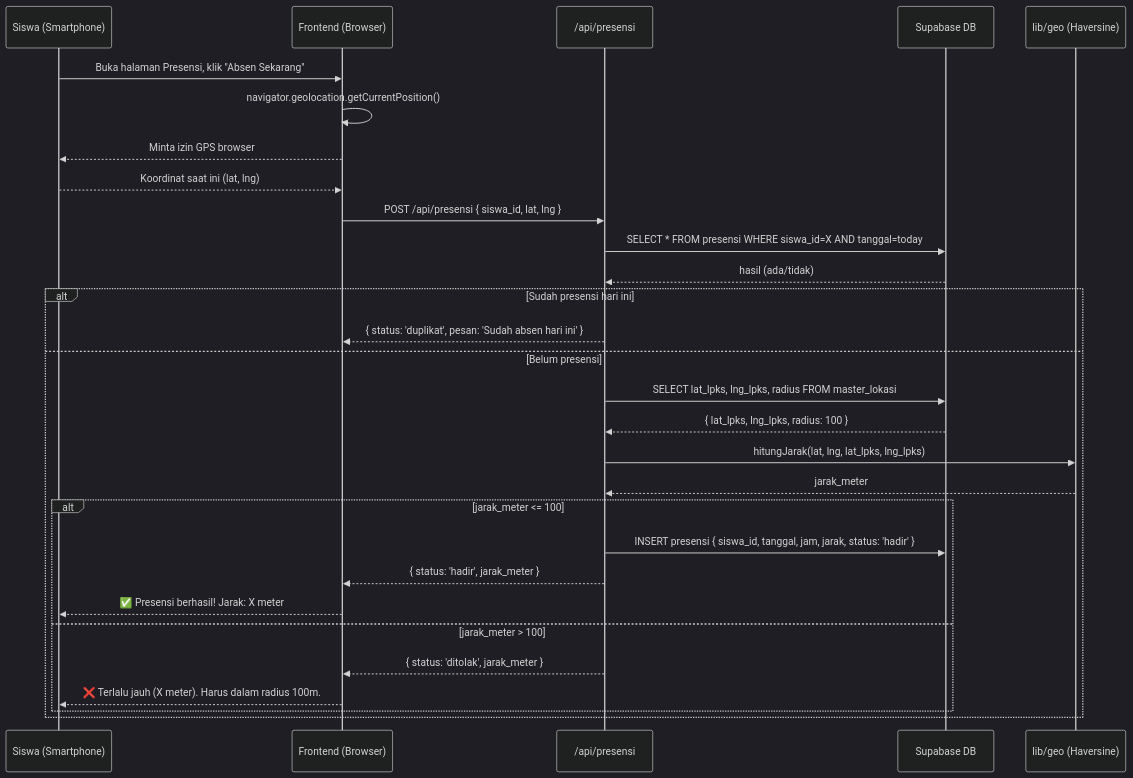
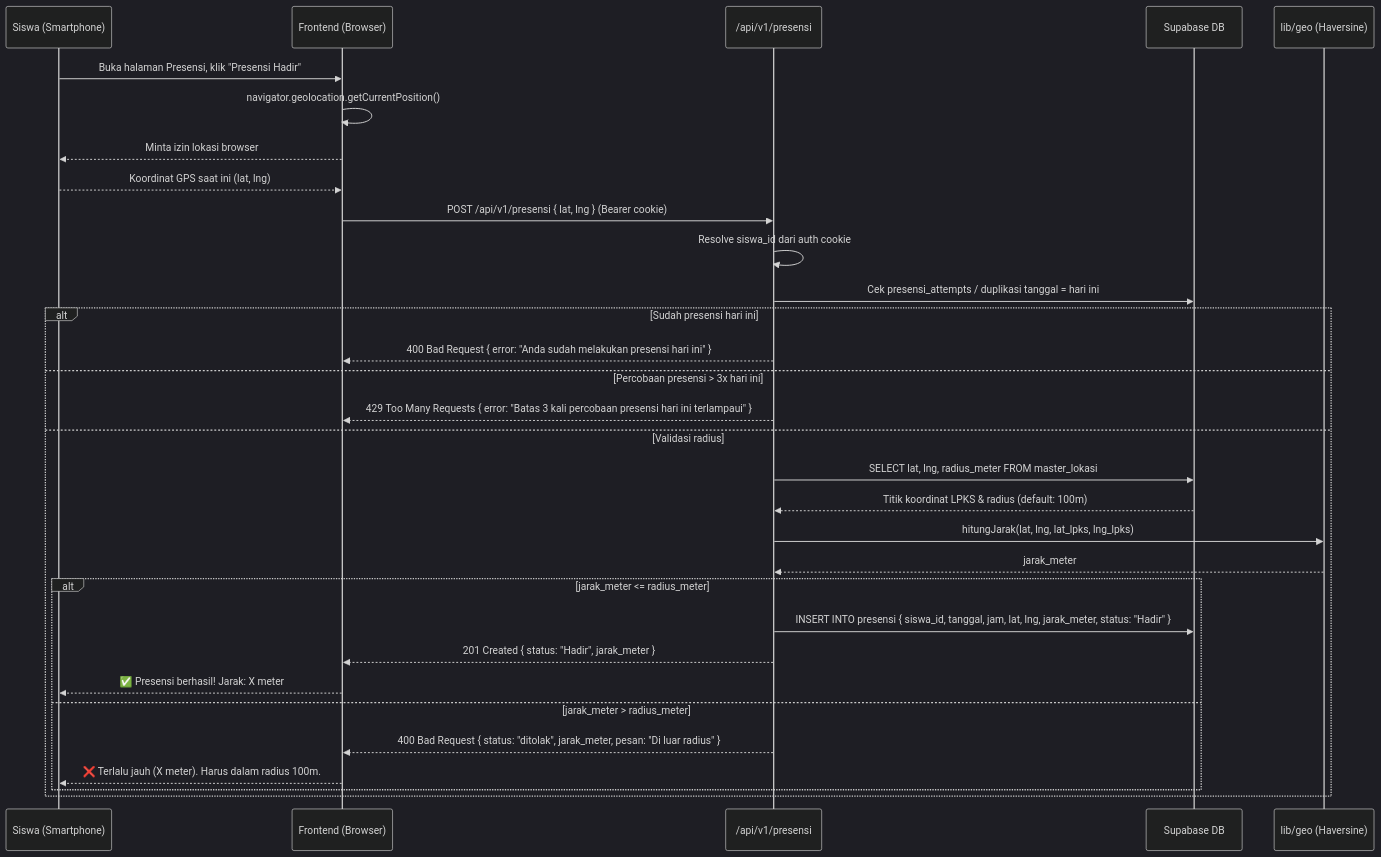
One commit to Fawwzrf/lpks_system changed the fourth of 8 diagrams in docs/design/arsitektur.md. Above: the diagram before and after it, drawn with Mermaid (dark theme). The commit also changed other lines of this file and 23 other files, not shown here.

Commit message:
docs: update all documentation for v1 architecture and untrack graphify-out

````diff
--- a/docs/design/arsitektur.md
+++ b/docs/design/arsitektur.md
@@ -258,32 +305,34 @@
 ```mermaid
 sequenceDiagram
     participant S as Siswa (Smartphone)
     participant FE as Frontend (Browser)
-    participant API as /api/presensi
+    participant API as /api/v1/presensi
     participant DB as Supabase DB
     participant Geo as lib/geo (Haversine)
 
-    S->>FE: Buka halaman Presensi, klik "Absen Sekarang"
+    S->>FE: Buka halaman Presensi, klik "Presensi Hadir"
     FE->>FE: navigator.geolocation.getCurrentPosition()
-    FE-->>S: Minta izin GPS browser
-    S-->>FE: Koordinat saat ini (lat, lng)
-    FE->>API: POST /api/presensi { siswa_id, lat, lng }
-    API->>DB: SELECT * FROM presensi WHERE siswa_id=X AND tanggal=today
-    DB-->>API: hasil (ada/tidak)
+    FE-->>S: Minta izin lokasi browser
+    S-->>FE: Koordinat GPS saat ini (lat, lng)
+    FE->>API: POST /api/v1/presensi { lat, lng } (Bearer cookie)
+    API->>API: Resolve siswa_id dari auth cookie
+    API->>DB: Cek presensi_attempts / duplikasi tanggal = hari ini
     alt Sudah presensi hari ini
-        API-->>FE: { status: 'duplikat', pesan: 'Sudah absen hari ini' }
-    else Belum presensi
-        API->>DB: SELECT lat_lpks, lng_lpks, radius FROM master_lokasi
-        DB-->>API: { lat_lpks, lng_lpks, radius: 100 }
+        API-->>FE: 400 Bad Request { error: "Anda sudah melakukan presensi hari ini" }
+    else Percobaan presensi > 3x hari ini
+        API-->>FE: 429 Too Many Requests { error: "Batas 3 kali percobaan presensi hari ini terlampaui" }
+    else Validasi radius
+        API->>DB: SELECT lat, lng, radius_meter FROM master_lokasi
+        DB-->>API: Titik koordinat LPKS & radius (default: 100m)
         API->>Geo: hitungJarak(lat, lng, lat_lpks, lng_lpks)
         Geo-->>API: jarak_meter
-        alt jarak_meter <= 100
-            API->>DB: INSERT presensi { siswa_id, tanggal, jam, jarak, status: 'hadir' }
-            API-->>FE: { status: 'hadir', jarak_meter }
+        alt jarak_meter <= radius_meter
+            API->>DB: INSERT INTO presensi { siswa_id, tanggal, jam, lat, lng, jarak_meter, status: "Hadir" }
+            API-->>FE: 201 Created { status: "Hadir", jarak_meter }
             FE-->>S: ✅ Presensi berhasil! Jarak: X meter
-        else jarak_meter > 100
-            API-->>FE: { status: 'ditolak', jarak_meter }
+        else jarak_meter > radius_meter
+            API-->>FE: 400 Bad Request { status: "ditolak", jarak_meter, pesan: "Di luar radius" }
             FE-->>S: ❌ Terlalu jauh (X meter). Harus dalam radius 100m.
         end
     end
 ```
````
